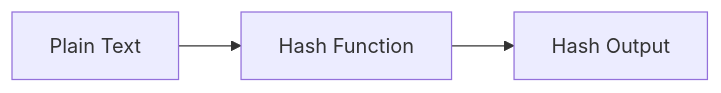
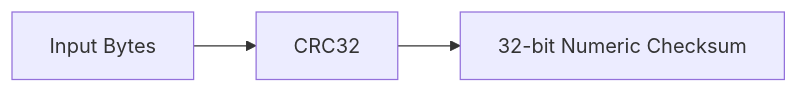
Before and after one commit to mahfooziiitian/spark-batch: the diagram in spark-sql/docs/functions/scalar/encryption/crc32.md, drawn with Mermaid. The commit also changed other lines of this file and 809 other files, not shown here.

````diff
--- a/spark-sql/docs/functions/scalar/encryption/crc32.md
+++ b/spark-sql/docs/functions/scalar/encryption/crc32.md
@@ -8,5 +10,5 @@
 ```mermaid
 graph LR
-    A[Plain Text] --> B[Hash Function]
-    B --> C[Hash Output]
+    A[Input Bytes] --> B[CRC32]
+    B --> C[32-bit Numeric Checksum]
 ```
````
